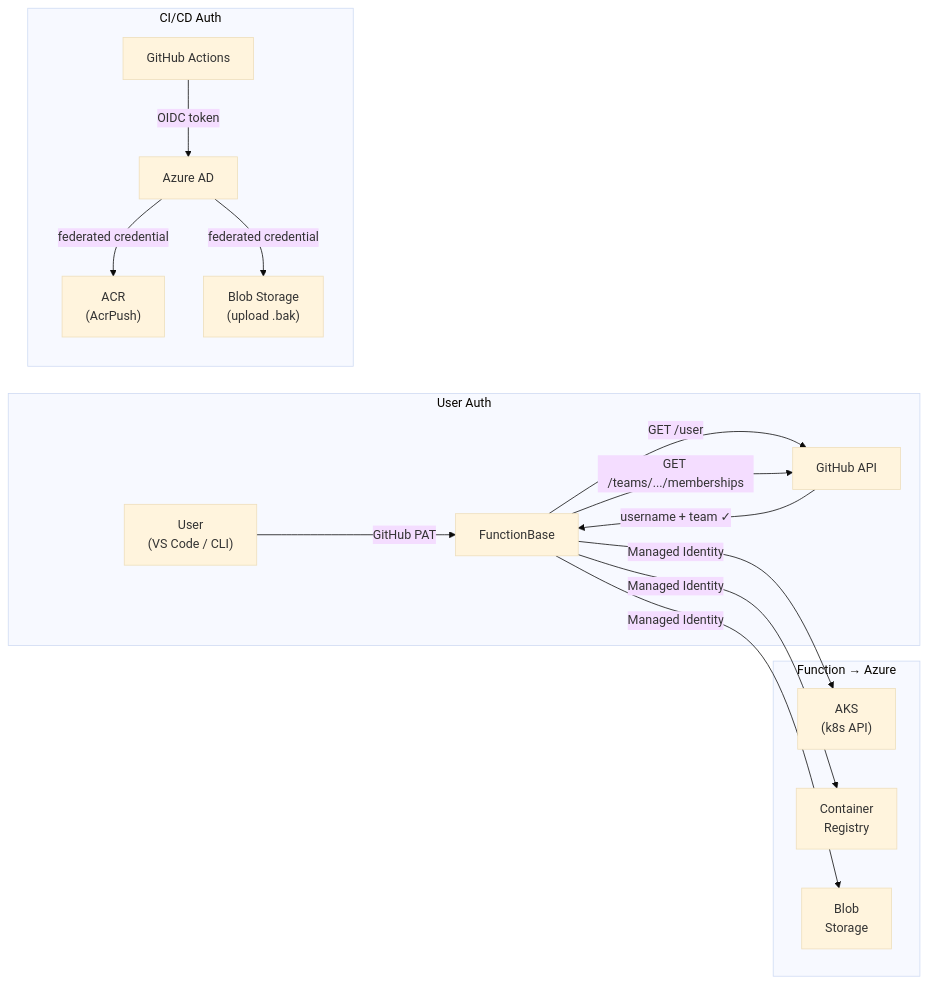
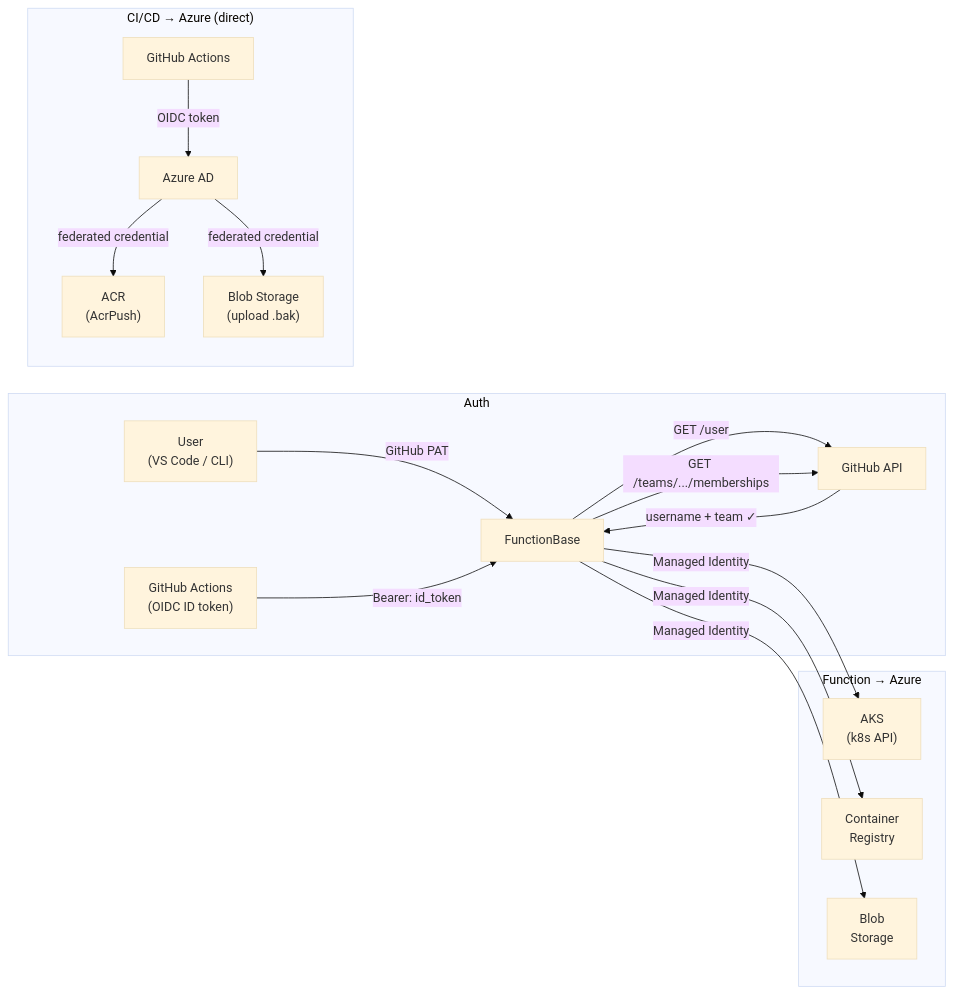
Before and after one commit to achim-t-org/Fkh: the fourth of 5 diagrams in Architecture.md, drawn with Mermaid (base theme). The commit also changed other lines of this file, not shown here.

Commit message:
fix architecture

````diff
--- a/Architecture.md
+++ b/Architecture.md
@@ -120,21 +124,22 @@
 ```mermaid
 graph LR
-    subgraph "User Auth"
+    subgraph "Auth"
         U["User<br/>(VS Code / CLI)"] -->|"GitHub PAT"| FB["FunctionBase"]
+        GA_OIDC["GitHub Actions<br/>(OIDC ID token)"] -->|"Bearer: id_token"| FB
         FB -->|"GET /user"| GH["GitHub API"]
         FB -->|"GET /teams/.../memberships"| GH
         GH -->|"username + team ✓"| FB
     end
 
     subgraph "Function → Azure"
         FB -->|"Managed Identity"| AKS["AKS<br/>(k8s API)"]
         FB -->|"Managed Identity"| ACR["Container<br/>Registry"]
         FB -->|"Managed Identity"| BLOB["Blob<br/>Storage"]
     end
 
-    subgraph "CI/CD Auth"
+    subgraph "CI/CD → Azure (direct)"
         GA["GitHub Actions"] -->|"OIDC token"| AAD["Azure AD"]
         AAD -->|"federated credential"| ACR2["ACR<br/>(AcrPush)"]
         AAD -->|"federated credential"| BLOB2["Blob Storage<br/>(upload .bak)"]
     end
 ```
````
